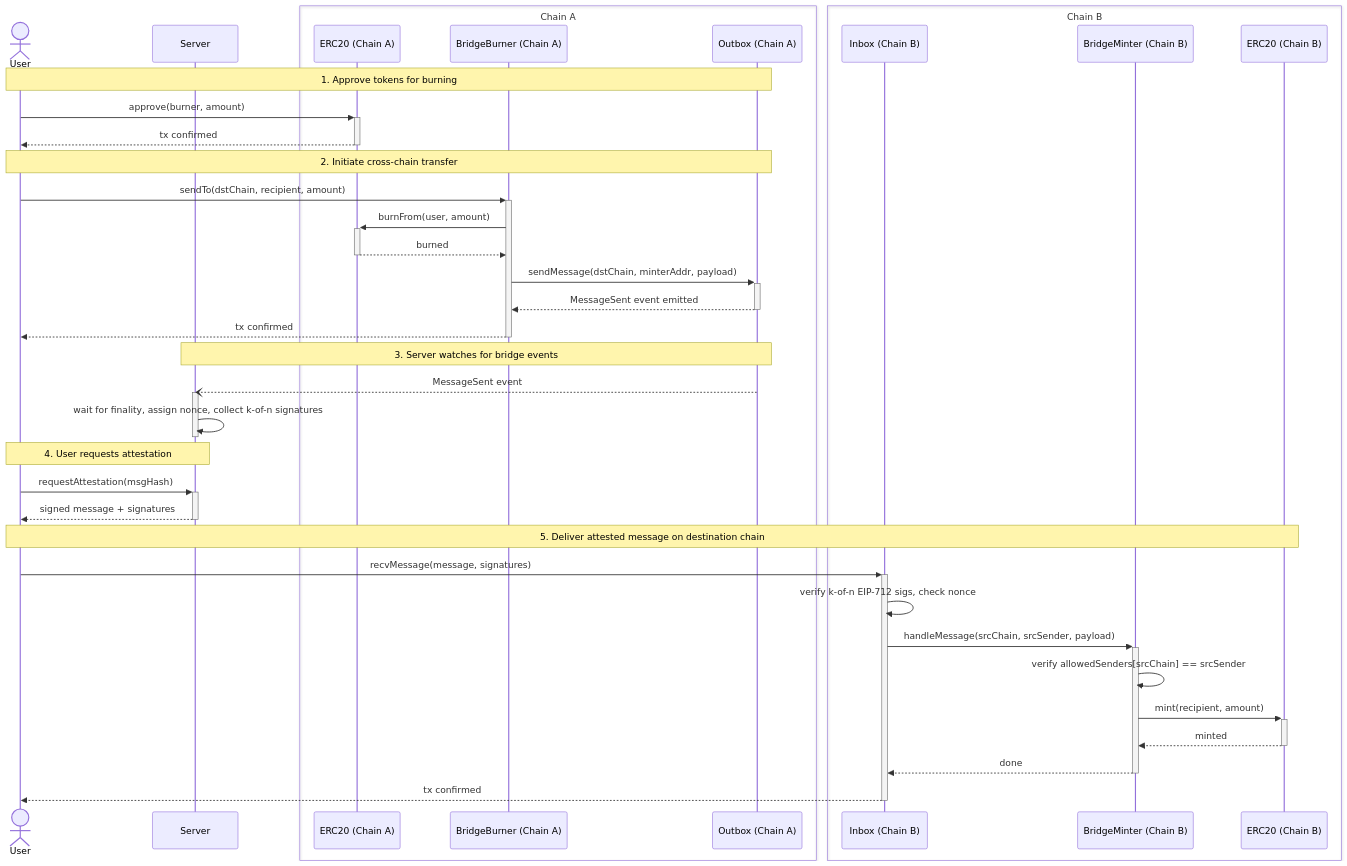
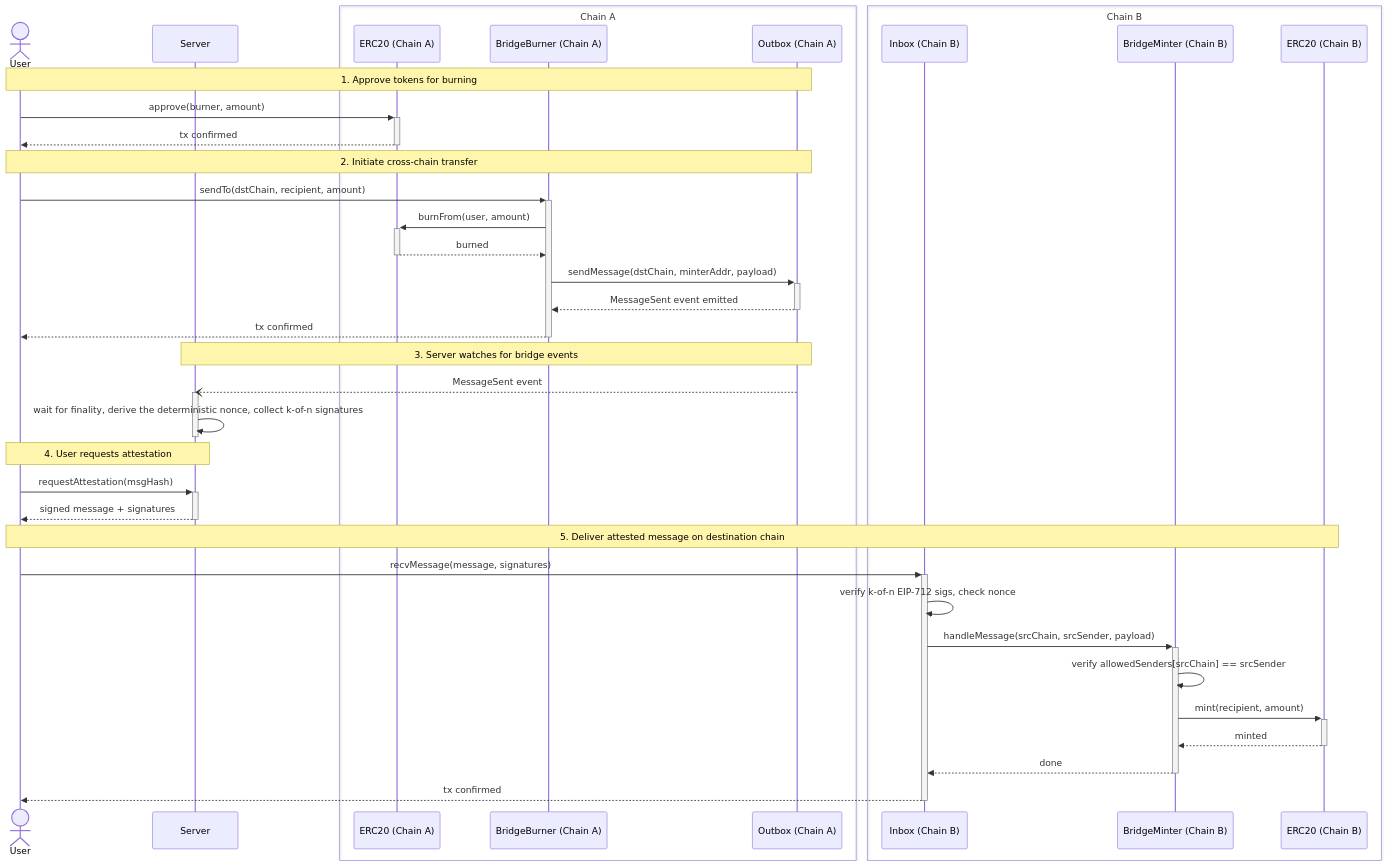
Before and after one commit to lambdaclass/stablecoin: the diagram in docs/bridge.md, drawn with Mermaid. The commit also changed other lines of this file, not shown here.

Commit message:
clarify bridge nonce is deterministic, not server-assigned

````diff
--- a/docs/bridge.md
+++ b/docs/bridge.md
@@ -133,54 +133,54 @@
 ```mermaid
 sequenceDiagram
     actor User
     participant Server
 
     box Chain A
         participant ERC20_A as ERC20 (Chain A)
         participant Burner as BridgeBurner (Chain A)
         participant Outbox as Outbox (Chain A)
     end
 
     box Chain B
         participant Inbox as Inbox (Chain B)
         participant Minter as BridgeMinter (Chain B)
         participant ERC20_B as ERC20 (Chain B)
     end
 
     Note over User, Outbox: 1. Approve tokens for burning
 
     User ->>+ ERC20_A: approve(burner, amount)
     ERC20_A -->>- User: tx confirmed
 
     Note over User, Outbox: 2. Initiate cross-chain transfer
 
     User ->>+ Burner: sendTo(dstChain, recipient, amount)
     Burner ->>+ ERC20_A: burnFrom(user, amount)
     ERC20_A -->>- Burner: burned
     Burner ->>+ Outbox: sendMessage(dstChain, minterAddr, payload)
     Outbox -->>- Burner: MessageSent event emitted
     Burner -->>- User: tx confirmed
 
     Note over Server, Outbox: 3. Server watches for bridge events
 
     Outbox --) Server: MessageSent event
     activate Server
-    Server ->> Server: wait for finality, assign nonce, collect k-of-n signatures
+    Server ->> Server: wait for finality, derive the deterministic nonce, collect k-of-n signatures
     deactivate Server
 
     Note over User, Server: 4. User requests attestation
 
     User ->>+ Server: requestAttestation(msgHash)
     Server -->>- User: signed message + signatures
 
     Note over User, ERC20_B: 5. Deliver attested message on destination chain
 
     User ->>+ Inbox: recvMessage(message, signatures)
     Inbox ->> Inbox: verify k-of-n EIP-712 sigs, check nonce
     Inbox ->>+ Minter: handleMessage(srcChain, srcSender, payload)
     Minter ->> Minter: verify allowedSenders[srcChain] == srcSender
     Minter ->>+ ERC20_B: mint(recipient, amount)
     ERC20_B -->>- Minter: minted
     Minter -->>- Inbox: done
     Inbox -->>- User: tx confirmed
 ```
````
